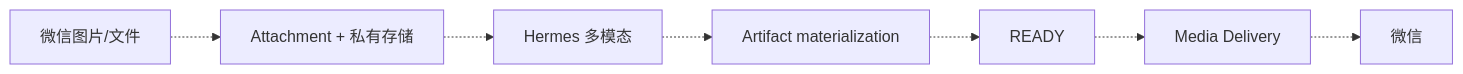
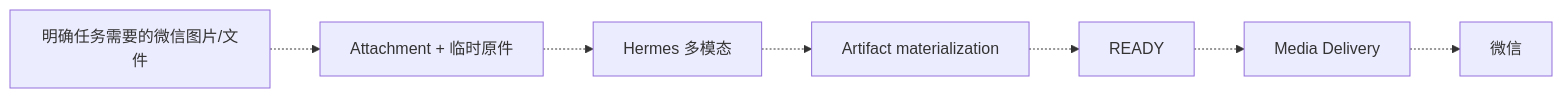
One commit to Tangbohu09527/CF_ecommerce-automation-docs changed the third of 3 diagrams in architecture/message-flow.md. Above: the diagram before and after it, drawn with Mermaid. The commit also changed other lines of this file and 35 other files, not shown here.

````diff
--- a/architecture/message-flow.md
+++ b/architecture/message-flow.md
@@ -69,9 +77,9 @@
 ```mermaid
 flowchart LR
-    IN["微信图片/文件"] -.-> ATT["Attachment + 私有存储"]
+    IN["明确任务需要的微信图片/文件"] -.-> ATT["Attachment + 临时原件"]
     ATT -.-> HM["Hermes 多模态"]
     HM -.-> AR["Artifact materialization"]
     AR -.-> READY["READY"]
     READY -.-> OUT["Media Delivery"]
     OUT -.-> WX["微信"]
 ```
````
